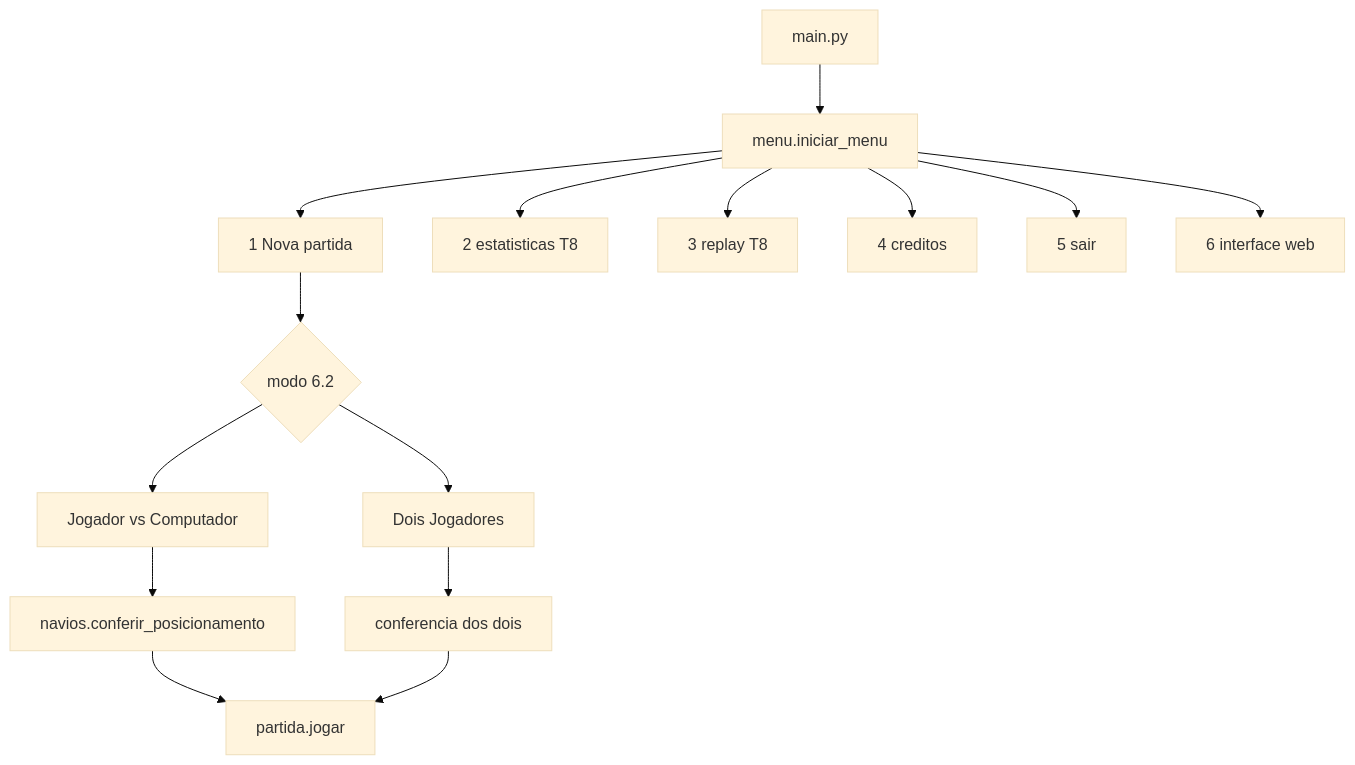
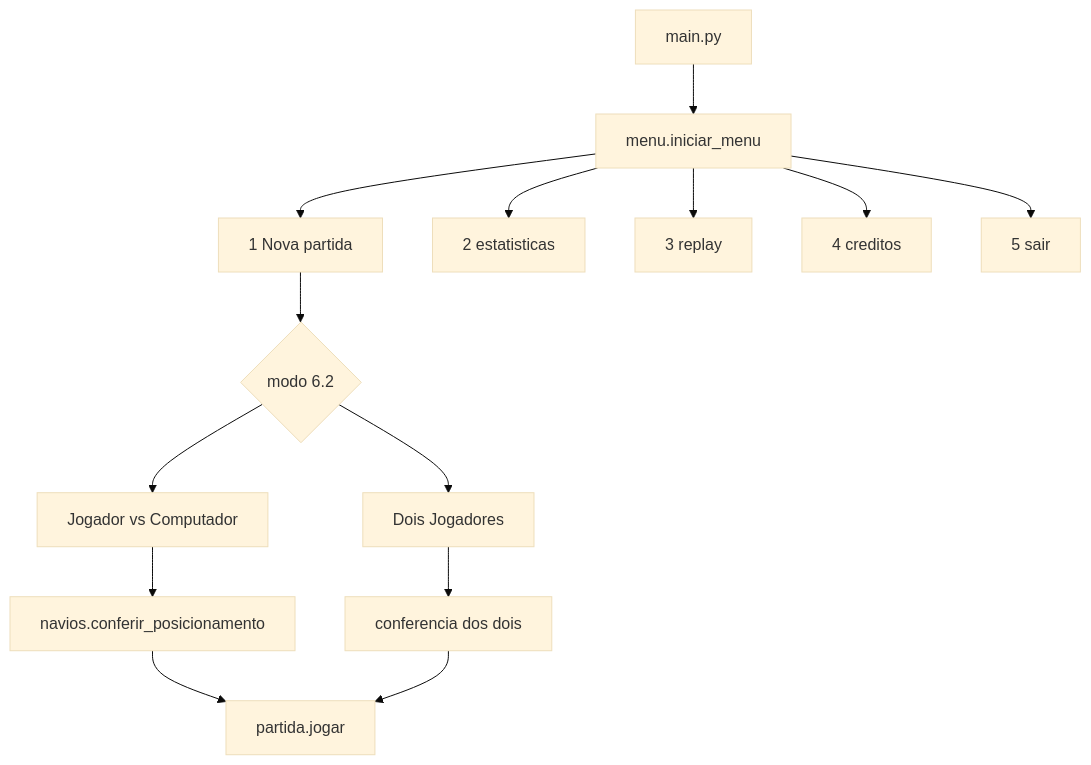
The diagram in README.md (KairoHenrique/batalha-naval), drawn with Mermaid (base theme) before and after one commit. The commit also changed other lines of this file and 7 other files, not shown here.

Commit message:
feat: persiste estatisticas e replay e alinha o menu ao mockup

````diff
--- a/README.md
+++ b/README.md
@@ -83,17 +85,16 @@
 ```mermaid
 flowchart TD
     mainPy["main.py"] --> menuLoop["menu.iniciar_menu"]
     menuLoop --> nova["1 Nova partida"]
-    menuLoop --> stats["2 estatisticas T8"]
-    menuLoop --> replay["3 replay T8"]
+    menuLoop --> stats["2 estatisticas"]
+    menuLoop --> replay["3 replay"]
     menuLoop --> creditos["4 creditos"]
     menuLoop --> sair["5 sair"]
-    menuLoop --> guiWeb["6 interface web"]
     nova --> modo{"modo 6.2"}
     modo --> pvc["Jogador vs Computador"]
     modo --> pvp["Dois Jogadores"]
     pvc --> conferencia["navios.conferir_posicionamento"]
     pvp --> conferenciaPvp["conferencia dos dois"]
     conferencia --> loopPvc["partida.jogar"]
     conferenciaPvp --> loopPvc
 ```
````
